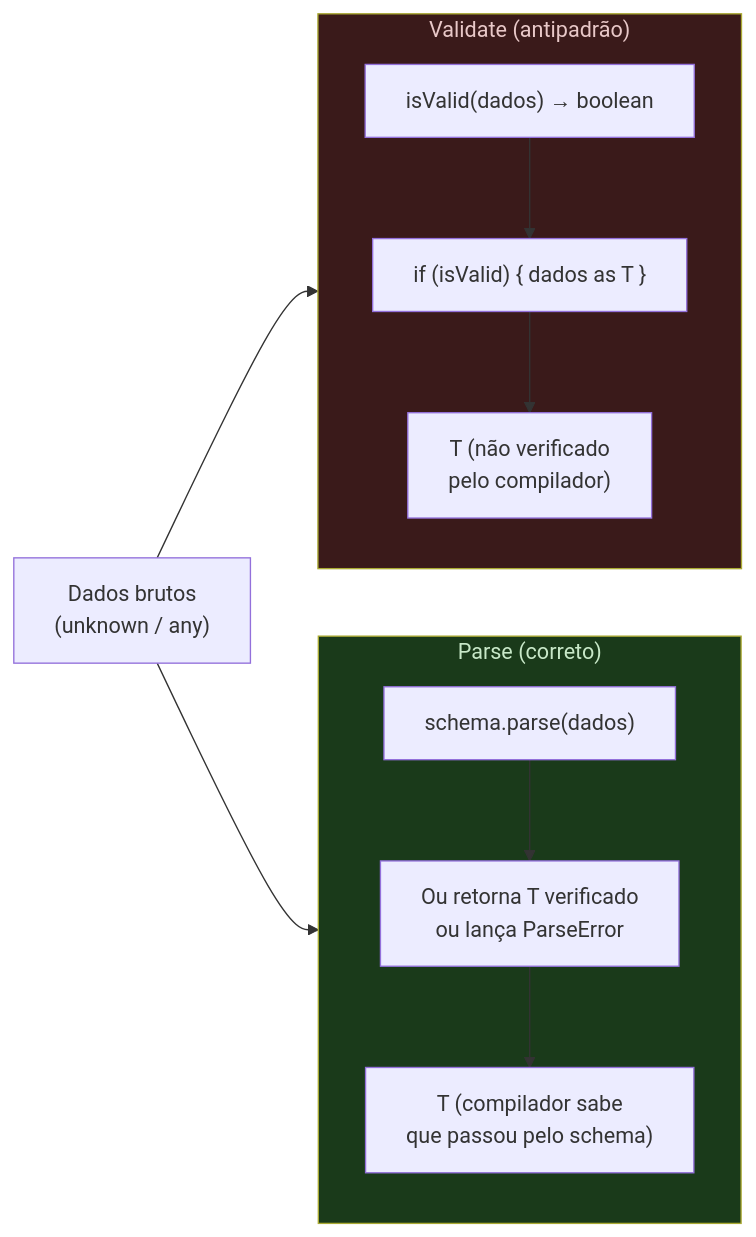
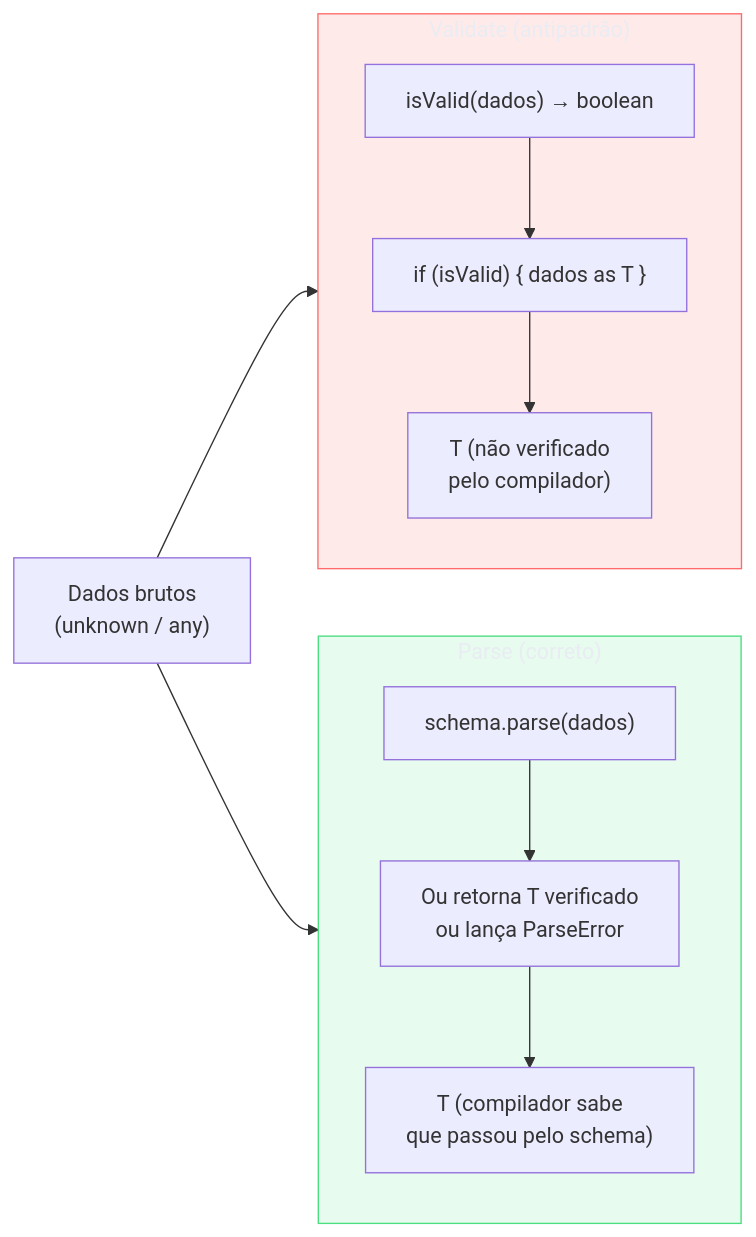
One commit to josenaldo/codex-technomanticus changed the third of 6 diagrams in 03-Dominios/Tecnologia/TypeScript/23 - A fronteira type↔runtime - parse, don't validate.md. Above: the diagram before and after it, drawn with Mermaid. The commit also changed other lines of this file and 1181 other files, not shown here.

First line of the commit message:
fix(diagramas): paleta do sistema no lugar de cor cravada no markdown

````diff
--- a/03-Dominios/Tecnologia/TypeScript/23 - A fronteira type↔runtime - parse, don't validate.md
+++ b/03-Dominios/Tecnologia/TypeScript/23 - A fronteira type↔runtime - parse, don't validate.md
@@ -225,24 +227,26 @@
 ```mermaid
 flowchart LR
+    classDef ok fill:#4ADE8021,stroke:#4ADE80,color:#E9ECF2
+    classDef falha fill:#FF6B6B24,stroke:#FF6B6B,color:#E9ECF2
     RAW["Dados brutos\n(unknown / any)"]
 
     subgraph Validar["Validate (antipadrão)"]
         V1["isValid(dados) → boolean"]
         V2["if (isValid) { dados as T }"]
         V3["T (não verificado\npelo compilador)"]
         V1 --> V2 --> V3
     end
 
     subgraph Parsear["Parse (correto)"]
         P1["schema.parse(dados)"]
         P2["Ou retorna T verificado\nou lança ParseError"]
         P3["T (compilador sabe\nque passou pelo schema)"]
         P1 --> P2 --> P3
     end
 
     RAW --> Validar
     RAW --> Parsear
 
-    style Parsear fill:#1a3a1a,color:#c8e8c8
-    style Validar fill:#3a1a1a,color:#e8c8c8
+    class Parsear ok
+    class Validar falha
 ```
````
